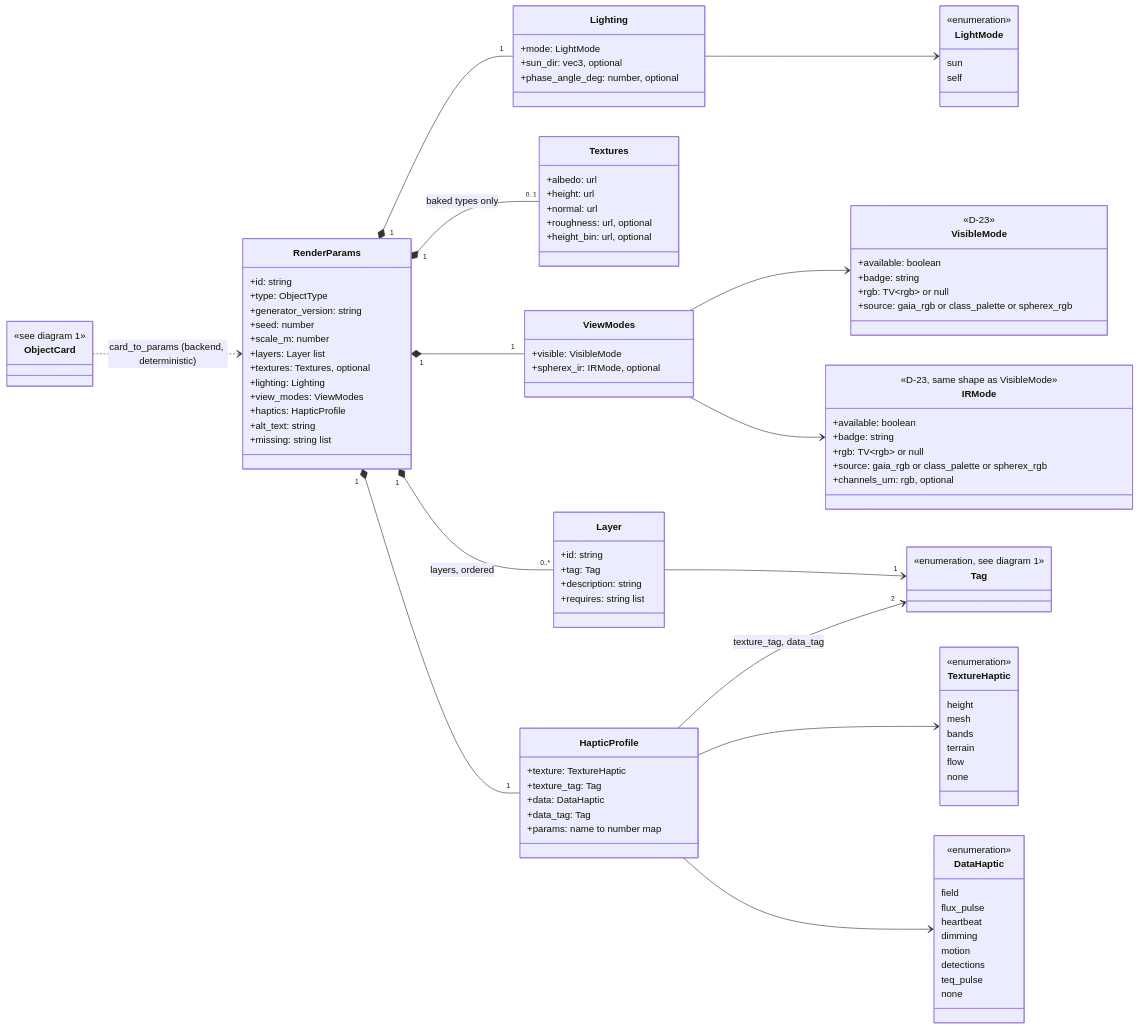
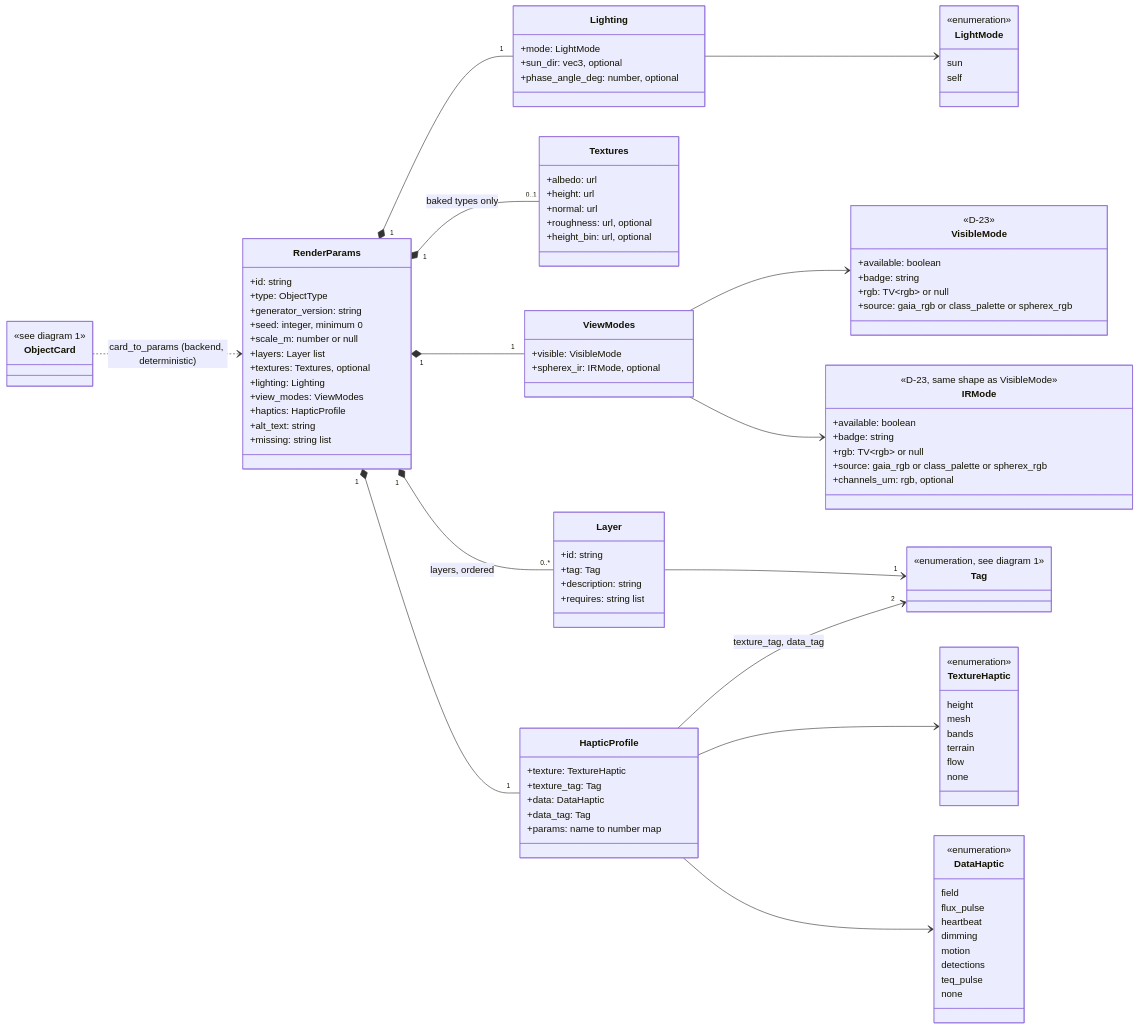
The second of 2 diagrams in docs/uml/05-class-data-contract.md (0ffrian/SphereX), drawn with Mermaid before and after one commit. The commit also changed other lines of this file and 68 other files, not shown here.

First line of the commit message:
Add the shared contract: schemas, fixtures and generated types (#4)

```diff
--- a/docs/uml/05-class-data-contract.md
+++ b/docs/uml/05-class-data-contract.md
@@ -123,8 +123,8 @@
     +id: string
     +type: ObjectType
     +generator_version: string
-    +seed: number
-    +scale_m: number
+    +seed: integer, minimum 0
+    +scale_m: number or null
     +layers: Layer list
     +textures: Textures, optional
     +lighting: Lighting
```
